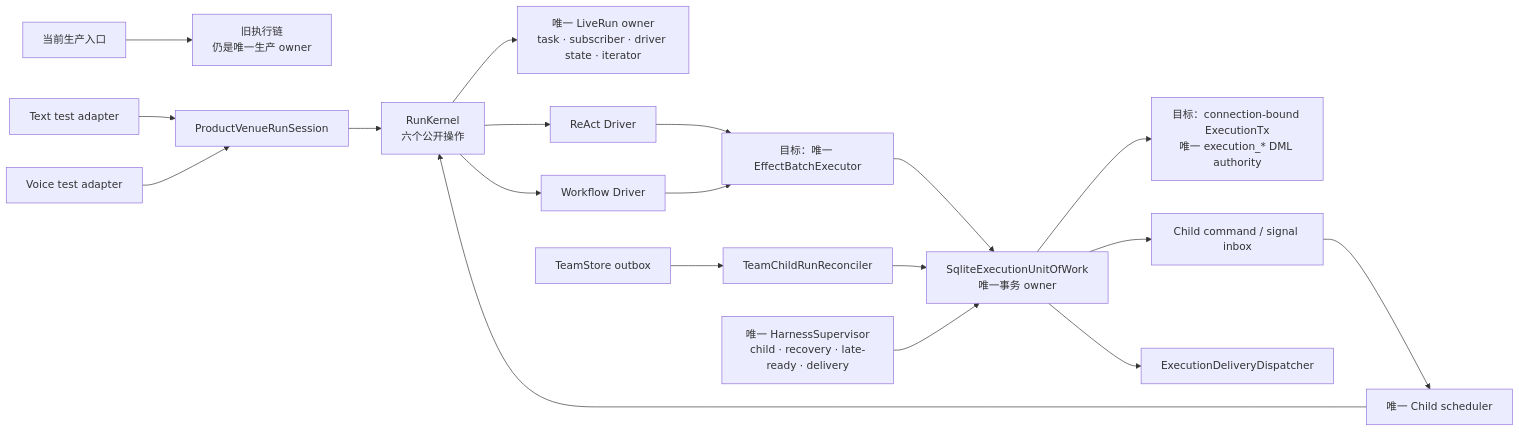
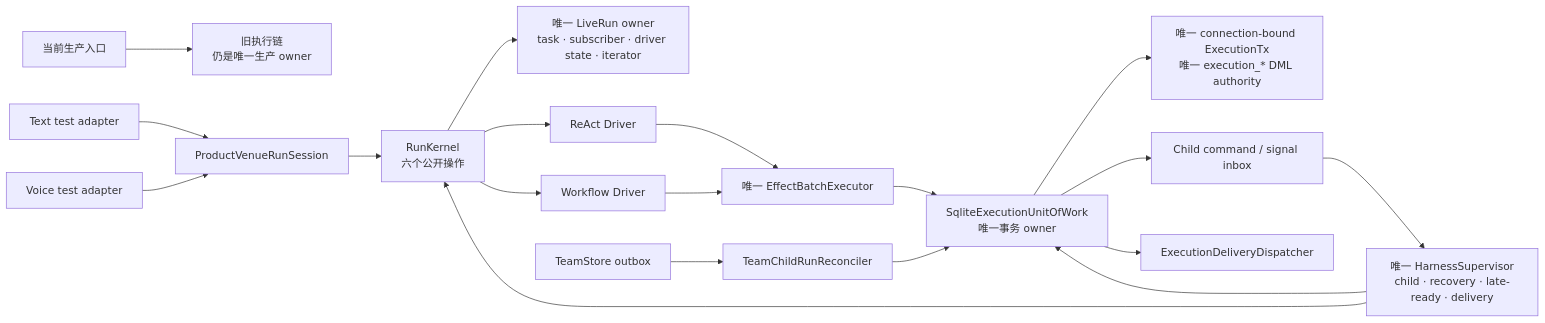
The diagram in ARCHITECTURE/AGENT_HARNESS.md (DennyWanye/simple_harness), drawn with Mermaid before and after one commit. The commit also changed other lines of this file and 13 other files, not shown here.

Commit message:
refactor(harness): unify effect batch execution

````diff
--- a/ARCHITECTURE/AGENT_HARNESS.md
+++ b/ARCHITECTURE/AGENT_HARNESS.md
@@ -21,21 +21,21 @@
 ```mermaid
 flowchart LR
     Ingress["当前生产入口"] --> Legacy["旧执行链<br/>仍是唯一生产 owner"]
     Text["Text test adapter"] --> Session["ProductVenueRunSession"]
     Voice["Voice test adapter"] --> Session
     Session --> Kernel["RunKernel<br/>六个公开操作"]
     Kernel --> Live["唯一 LiveRun owner<br/>task · subscriber · driver state · iterator"]
     Kernel --> React["ReAct Driver"]
     Kernel --> Workflow["Workflow Driver"]
-    React --> Effect["目标：唯一 EffectBatchExecutor"]
+    React --> Effect["唯一 EffectBatchExecutor"]
     Workflow --> Effect
     Effect --> UoW["SqliteExecutionUnitOfWork<br/>唯一事务 owner"]
-    UoW --> Tx["目标：connection-bound ExecutionTx<br/>唯一 execution_* DML authority"]
+    UoW --> Tx["唯一 connection-bound ExecutionTx<br/>唯一 execution_* DML authority"]
     UoW --> Child["Child command / signal inbox"]
-    Child --> Scheduler["唯一 Child scheduler"]
-    Scheduler --> Kernel
+    Child --> Supervisor
+    Supervisor --> Kernel
     UoW --> Delivery["ExecutionDeliveryDispatcher"]
     Team["TeamStore outbox"] --> Reconciler["TeamChildRunReconciler"]
     Reconciler --> UoW
     Supervisor["唯一 HarnessSupervisor<br/>child · recovery · late-ready · delivery"] --> UoW
 ```
````
